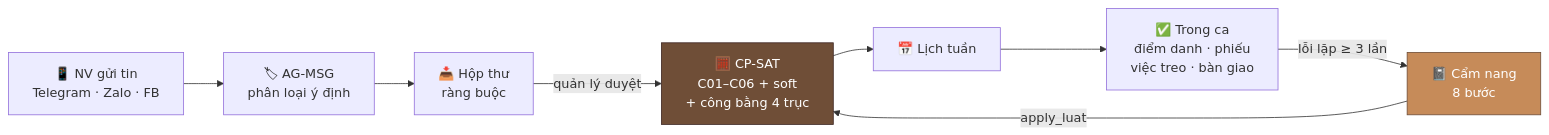
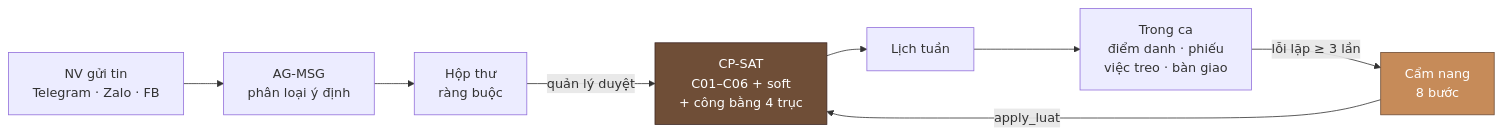
One commit to KanTrun/Crew-Operations changed the second of 5 diagrams in README.md. Above: the diagram before and after it, drawn with Mermaid. The commit also changed other lines of this file, not shown here.

````diff
--- a/README.md
+++ b/README.md
@@ -161,13 +186,13 @@
 ```mermaid
 flowchart LR
-    NV["📱 NV gửi tin<br/>Telegram · Zalo · FB"] --> MSG["🏷 AG-MSG<br/>phân loại ý định"]
-    MSG --> INBOX["📥 Hộp thư<br/>ràng buộc"]
-    INBOX -->|"quản lý duyệt"| SOLVER["🧮 CP-SAT<br/>C01–C06 + soft<br/>+ công bằng 4 trục"]
-    SOLVER --> LICH["📅 Lịch tuần"]
-    LICH --> CA["✅ Trong ca<br/>điểm danh · phiếu<br/>việc treo · bàn giao"]
-    CA -->|"lỗi lặp ≥ 3 lần"| CN["📓 Cẩm nang<br/>8 bước"]
+    NV["NV gửi tin<br/>Telegram · Zalo · FB"] --> MSG["AG-MSG<br/>phân loại ý định"]
+    MSG --> INBOX["Hộp thư<br/>ràng buộc"]
+    INBOX -->|"quản lý duyệt"| SOLVER["CP-SAT<br/>C01–C06 + soft<br/>+ công bằng 4 trục"]
+    SOLVER --> LICH["Lịch tuần"]
+    LICH --> CA["Trong ca<br/>điểm danh · phiếu<br/>việc treo · bàn giao"]
+    CA -->|"lỗi lặp ≥ 3 lần"| CN["Cẩm nang<br/>8 bước"]
     CN -->|"apply_luat"| SOLVER
 
     style SOLVER fill:#6F4E37,stroke:#3E2723,color:#fff
     style CN fill:#C68B59,stroke:#6F4E37,color:#fff
 ```
````
